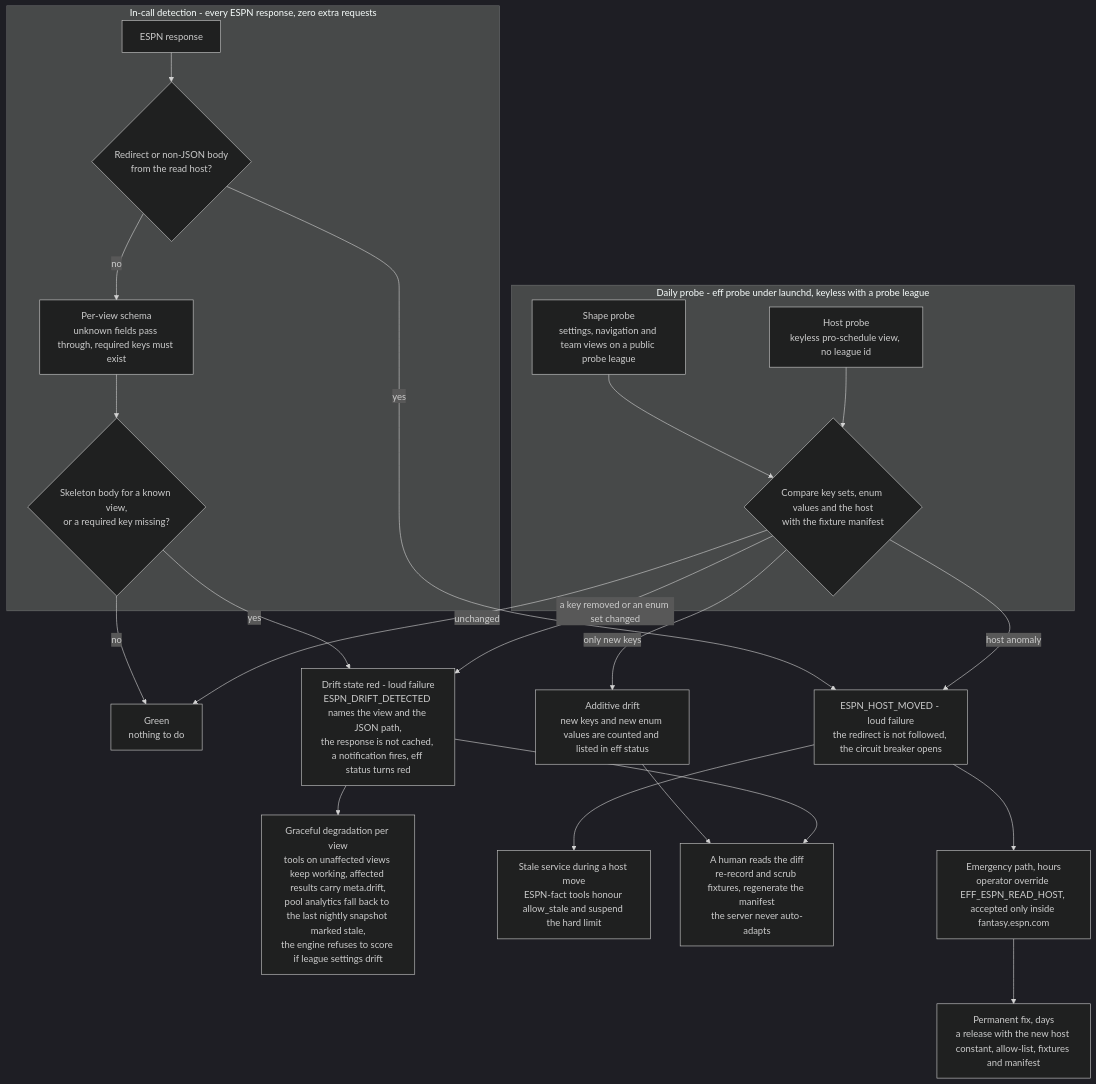
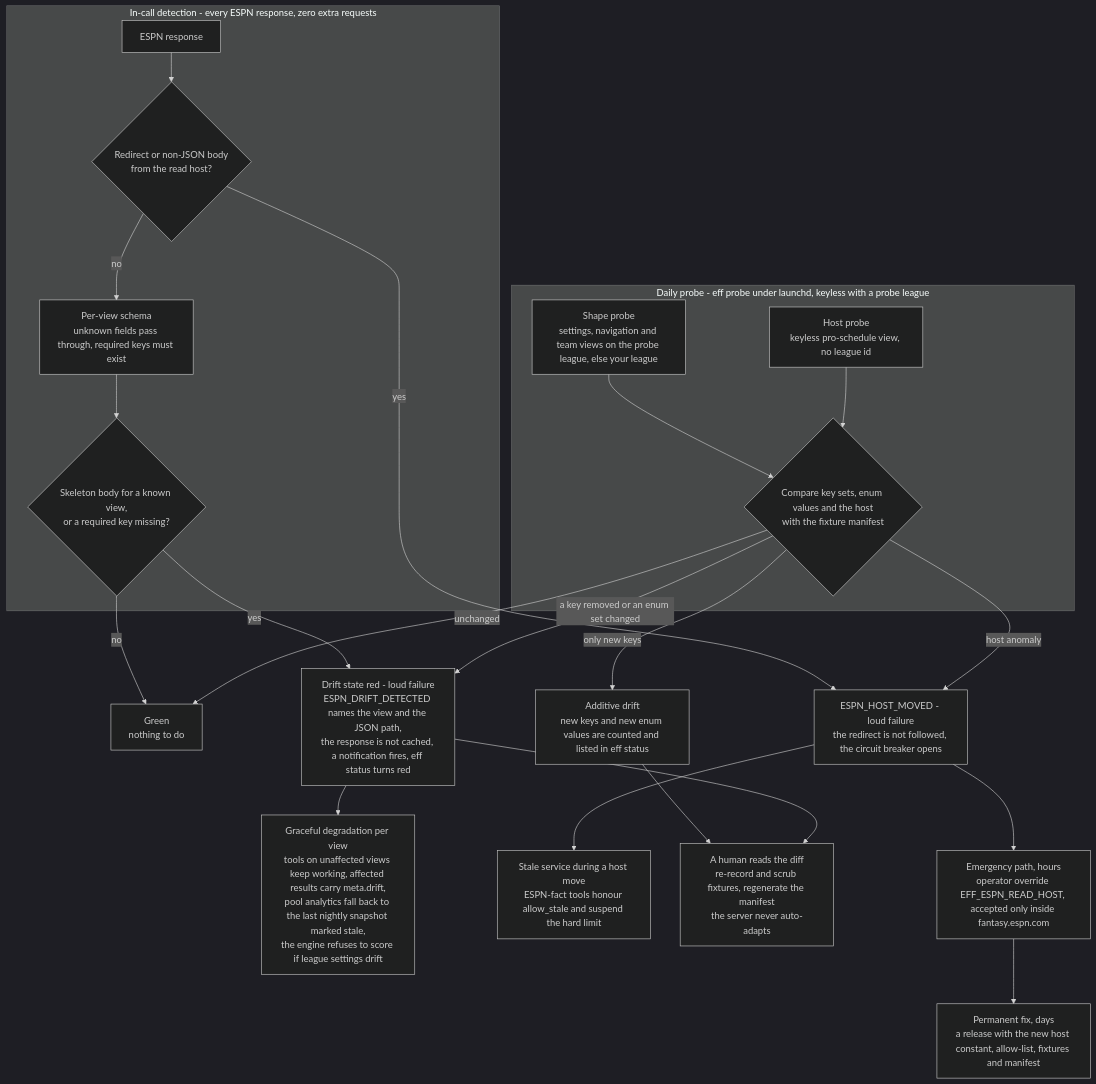
The fifth of 8 diagrams in README.md (ChadPapineau/espn-fantasy-football-mcp), drawn with Mermaid (dark theme) before and after one commit. The commit also changed other lines of this file and 6 other files, not shown here.

````diff
--- a/README.md
+++ b/README.md
@@ -406,42 +406,42 @@
 ```mermaid
 %% 5. API drift detection and resilience - status codes cannot detect drift, so keys are checked
 flowchart TB
   subgraph PROBE["Daily probe - eff probe under launchd, keyless with a probe league"]
     P1["Host probe<br/>keyless pro-schedule view, no league id"]
-    P2["Shape probe<br/>settings, navigation and team views on a public probe league"]
+    P2["Shape probe<br/>settings, navigation and team views on the probe league, else your league"]
     CMP{"Compare key sets, enum values and the host<br/>with the fixture manifest"}
   end
   subgraph INCALL["In-call detection - every ESPN response, zero extra requests"]
     RESP["ESPN response"]
     HM{"Redirect or non-JSON body<br/>from the read host?"}
     Z["Per-view schema<br/>unknown fields pass through, required keys must exist"]
     SK{"Skeleton body for a known view,<br/>or a required key missing?"}
   end
   GREEN["Green<br/>nothing to do"]
   ADD["Additive drift<br/>new keys and new enum values are counted and listed in eff status"]
   RED["Drift state red - loud failure<br/>ESPN_DRIFT_DETECTED names the view and the JSON path,<br/>the response is not cached, a notification fires, eff status turns red"]
   MOVED["ESPN_HOST_MOVED - loud failure<br/>the redirect is not followed, the circuit breaker opens"]
   DEG["Graceful degradation per view<br/>tools on unaffected views keep working, affected results carry meta.drift,<br/>pool analytics fall back to the last nightly snapshot marked stale,<br/>the engine refuses to score if league settings drift"]
   STALE["Stale service during a host move<br/>ESPN-fact tools honour allow_stale and suspend the hard limit"]
   HUMAN["A human reads the diff<br/>re-record and scrub fixtures, regenerate the manifest<br/>the server never auto-adapts"]
   OVR["Emergency path, hours<br/>operator override EFF_ESPN_READ_HOST, accepted only inside fantasy.espn.com"]
   REL["Permanent fix, days<br/>a release with the new host constant, allow-list, fixtures and manifest"]
   P1 --> CMP
   P2 --> CMP
   CMP -- "unchanged" --> GREEN
   CMP -- "only new keys" --> ADD
   CMP -- "a key removed or an enum set changed" --> RED
   CMP -- "host anomaly" --> MOVED
   RESP --> HM
   HM -- "yes" --> MOVED
   HM -- "no" --> Z
   Z --> SK
   SK -- "yes" --> RED
   SK -- "no" --> GREEN
   RED --> DEG
   RED --> HUMAN
   ADD --> HUMAN
   MOVED --> STALE
   MOVED --> OVR
   OVR --> REL
 ```
````
